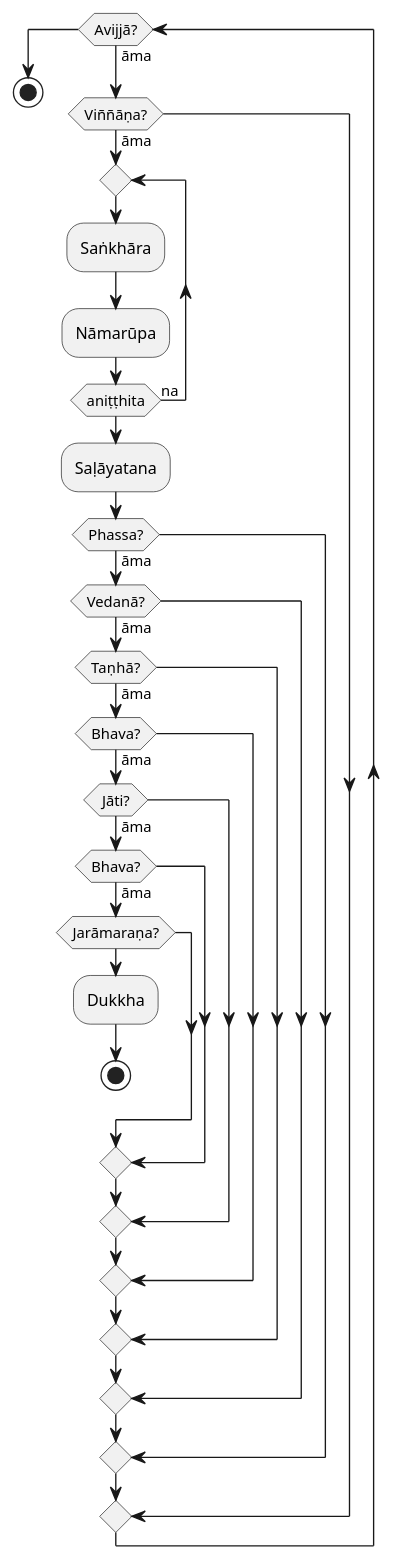
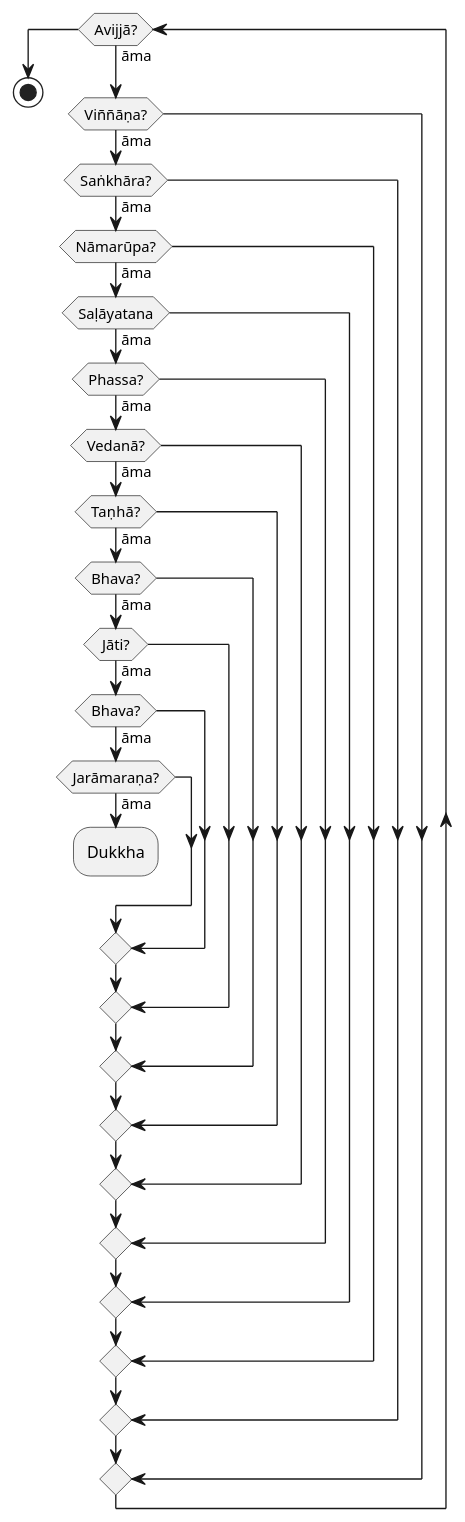
Before and after one commit to santidhammo/dependent-origination-plantuml: the diagram in dependent-origination.plantuml, drawn with PlantUML.

Commit message:
Finally figured out how to detach Dukkha, as Dukkha is a result, not an input to Avijjā - at least - in line with Dependent origination

```diff
--- a/dependent-origination.plantuml
+++ b/dependent-origination.plantuml
@@ -1,36 +1,34 @@
 @startuml
+
+
 
 while (Avijjā?)              is (āma)
 if    (Viññāṇa?)             then (āma)
-
-repeat
-    :Saṅkhāra;
-    :Nāmarūpa;
-repeat while (aniṭṭhita) is (na)
-:Saḷāyatana;
-
+if    (Saṅkhāra?)            then (āma)
+if    (Nāmarūpa?)            then (āma)
+if    (Saḷāyatana)           then (āma)
 if    (Phassa?)              then (āma)
 if    (Vedanā?)              then (āma)
 if    (Taṇhā?)               then (āma)
 if    (Bhava?)               then (āma)
 if    (Jāti?)                then (āma)
 if    (Bhava?)               then (āma)
-if    (Jarāmaraṇa?)
-
+if    (Jarāmaraṇa?)          then (āma)
 :Dukkha;
-stop
-
+detach
 endif
 endif
 endif
 endif
 endif
 endif
 endif
 endif
+endif
+endif
+endif
+endwhile
+stop
 
-endwhile
 
-stop
-    
 @enduml
```
